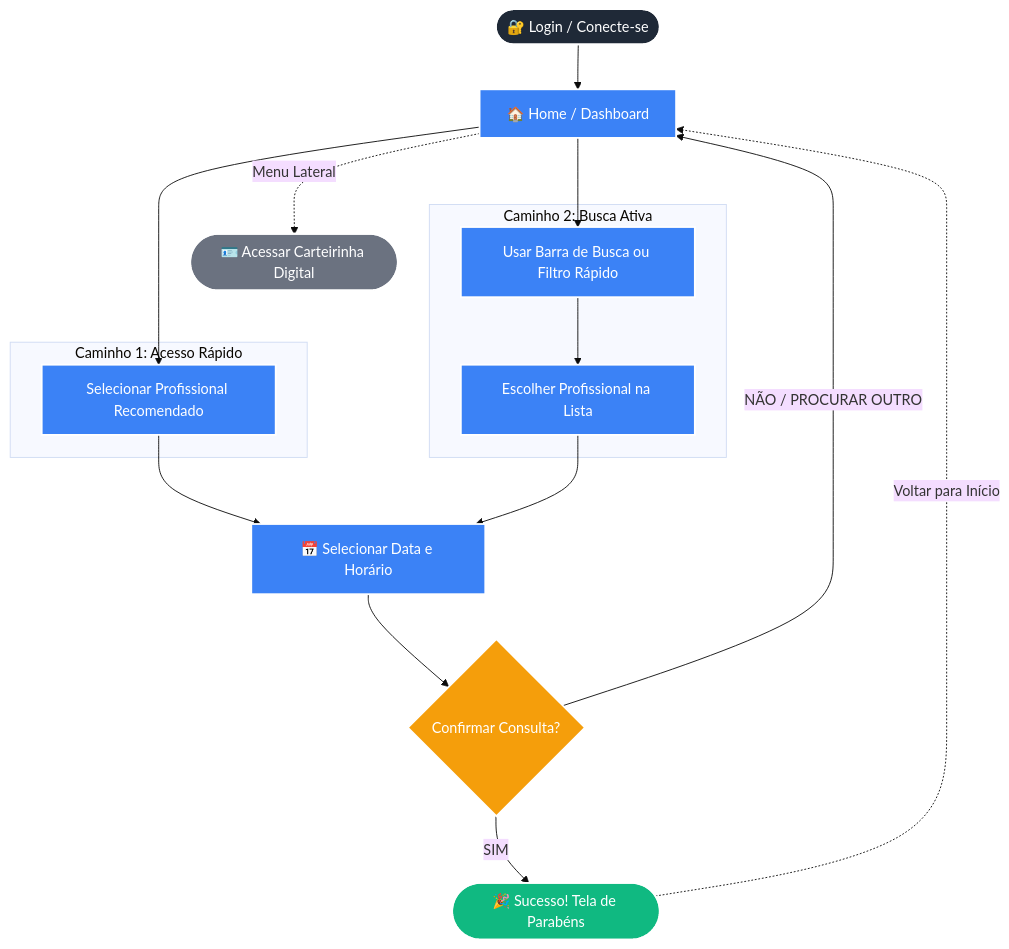
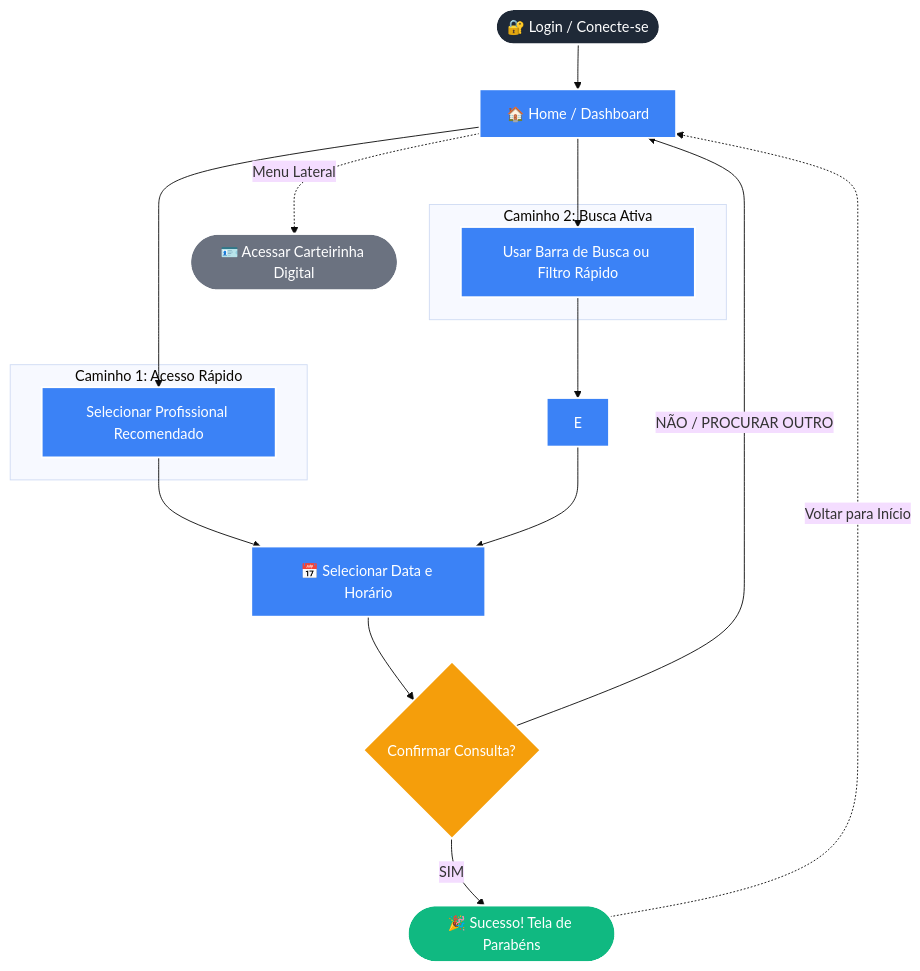
Before and after one commit to Talisom-santos/Aplicativo-Plano-de-Sa-de-: the diagram in README.md, drawn with Mermaid (base theme).

````diff
--- a/README.md
+++ b/README.md
@@ -52,55 +52,54 @@
 ```mermaid
 flowchart TD
     %% Definição de Cores e Estilos
     classDef startEnd fill:#1f2937,stroke:#fff,stroke-width:2px,color:#fff;
     classDef task fill:#3b82f6,stroke:#fff,stroke-width:2px,color:#fff;
     classDef decision fill:#f59e0b,stroke:#fff,stroke-width:2px,color:#fff;
     classDef success fill:#10b981,stroke:#fff,stroke-width:2px,color:#fff;
     classDef secondary fill:#6b7280,stroke:#fff,stroke-width:2px,color:#fff;
 
     %% Nódulos do Fluxo (Textos entre aspas evitam erros de caracteres)
     A(["🔐 Login / Conecte-se"])
     B["🏠 Home / Dashboard"]
     
     %% Caminho 1
     subgraph Caminho1 ["Caminho 1: Acesso Rápido"]
         C["Selecionar Profissional Recomendado"]
     end
     
     %% Caminho 2
     subgraph Caminho2 ["Caminho 2: Busca Ativa"]
         D["Usar Barra de Busca ou Filtro Rápido"]
-        E["Escolher Profissional na Lista"]
     end
 
     %% Etapas Comuns
     F["📅 Selecionar Data e Horário"]
     G{"Confirmar Consulta?"}
     H(["🎉 Sucesso! Tela de Parabéns"])
     I(["🪪 Acessar Carteirinha Digital"])
 
     %% Conexões
     A --> B
     
     B --> C
     B --> D
     D --> E
     
     C --> F
     E --> F
     
     F --> G
     
     G -->|SIM| H
     G -->|NÃO / PROCURAR OUTRO| B
     
     H -.->|Voltar para Início| B
     B -.->|Menu Lateral| I
 
     %% Aplicando estilos com segurança no GitHub
     class A startEnd;
     class B,C,D,E,F task;
     class G decision;
     class H success;
     class I secondary;
 ```
````
